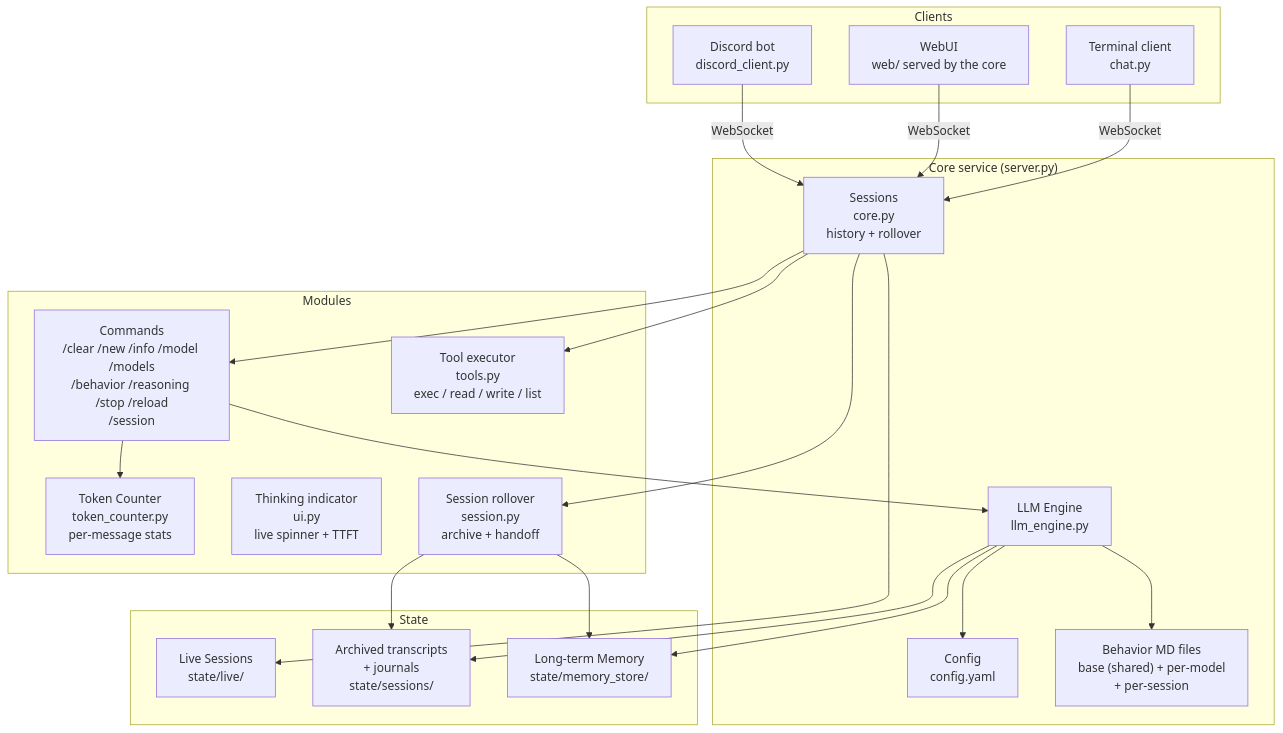
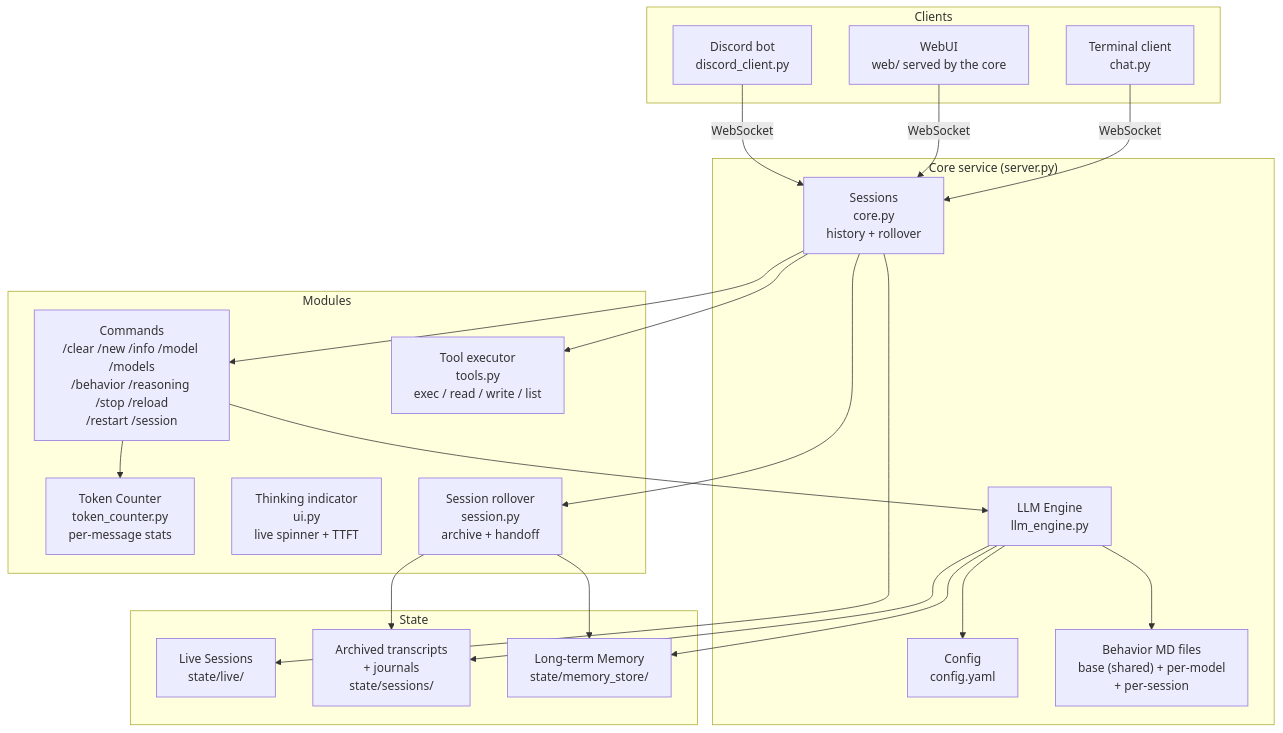
Before and after one commit to goluckyryan/letsClaw: the first of 3 diagrams in README.md, drawn with Mermaid. The commit also changed other lines of this file and 14 other files, not shown here.

````diff
--- a/README.md
+++ b/README.md
@@ -70,45 +70,45 @@
 ```mermaid
 graph TD
     subgraph Clients
         REPL[Terminal client\nchat.py]
         Web[WebUI\nweb/ served by the core]
         Disc[Discord bot\ndiscord_client.py]
     end
 
     subgraph Core["Core service (server.py)"]
         Sessions2[Sessions\ncore.py\nhistory + rollover]
         Engine[LLM Engine\nllm_engine.py]
         Config[Config\nconfig.yaml]
         ModelFile["Behavior MD files\nbase (shared) + per-model\n+ per-session"]
     end
 
     subgraph Modules
-        Cmds[Commands\n/clear /new /info /model /models\n/behavior /reasoning /stop /reload\n/session]
+        Cmds[Commands\n/clear /new /info /model /models\n/behavior /reasoning /stop /reload\n/restart /session]
         TokenCounter[Token Counter\ntoken_counter.py\nper-message stats]
         ThinkingUI[Thinking indicator\nui.py\nlive spinner + TTFT]
         Tools[Tool executor\ntools.py\nexec / read / write / list]
         Roll[Session rollover\nsession.py\narchive + handoff]
     end
 
     subgraph State
         Live[Live Sessions\nstate/live/]
         Sessions[Archived transcripts\n+ journals\nstate/sessions/]
         Memory[Long-term Memory\nstate/memory_store/]
     end
 
     REPL -->|WebSocket| Sessions2
     Web -->|WebSocket| Sessions2
     Disc -->|WebSocket| Sessions2
     Sessions2 --> Cmds
     Sessions2 --> Tools
     Sessions2 --> Roll
     Sessions2 --> Live
     Roll --> Sessions
     Roll --> Memory
     Cmds --> Engine
     Engine --> Config
     Engine --> ModelFile
     Cmds --> TokenCounter
     Engine --> Sessions
     Engine --> Memory
 ```
````
